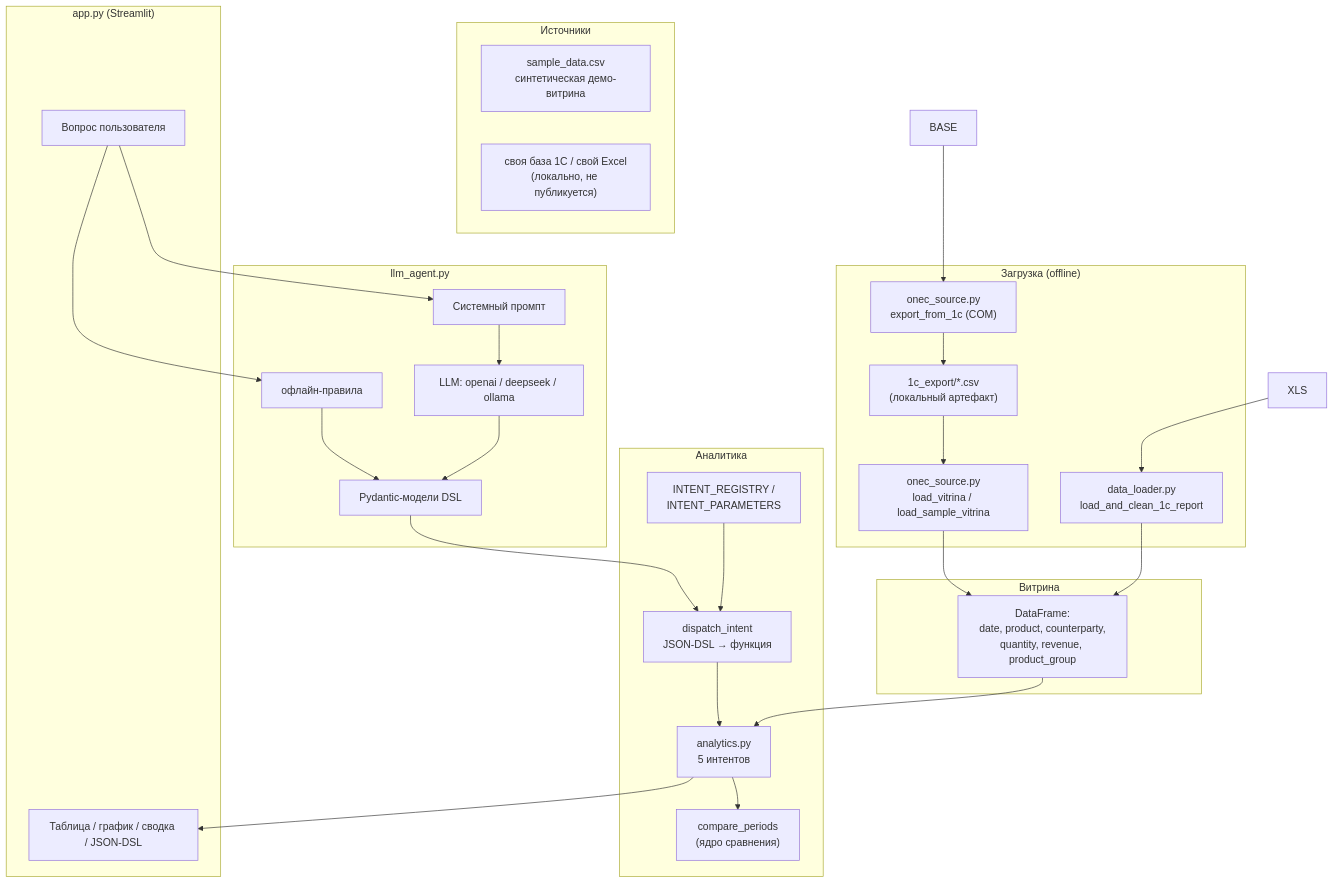
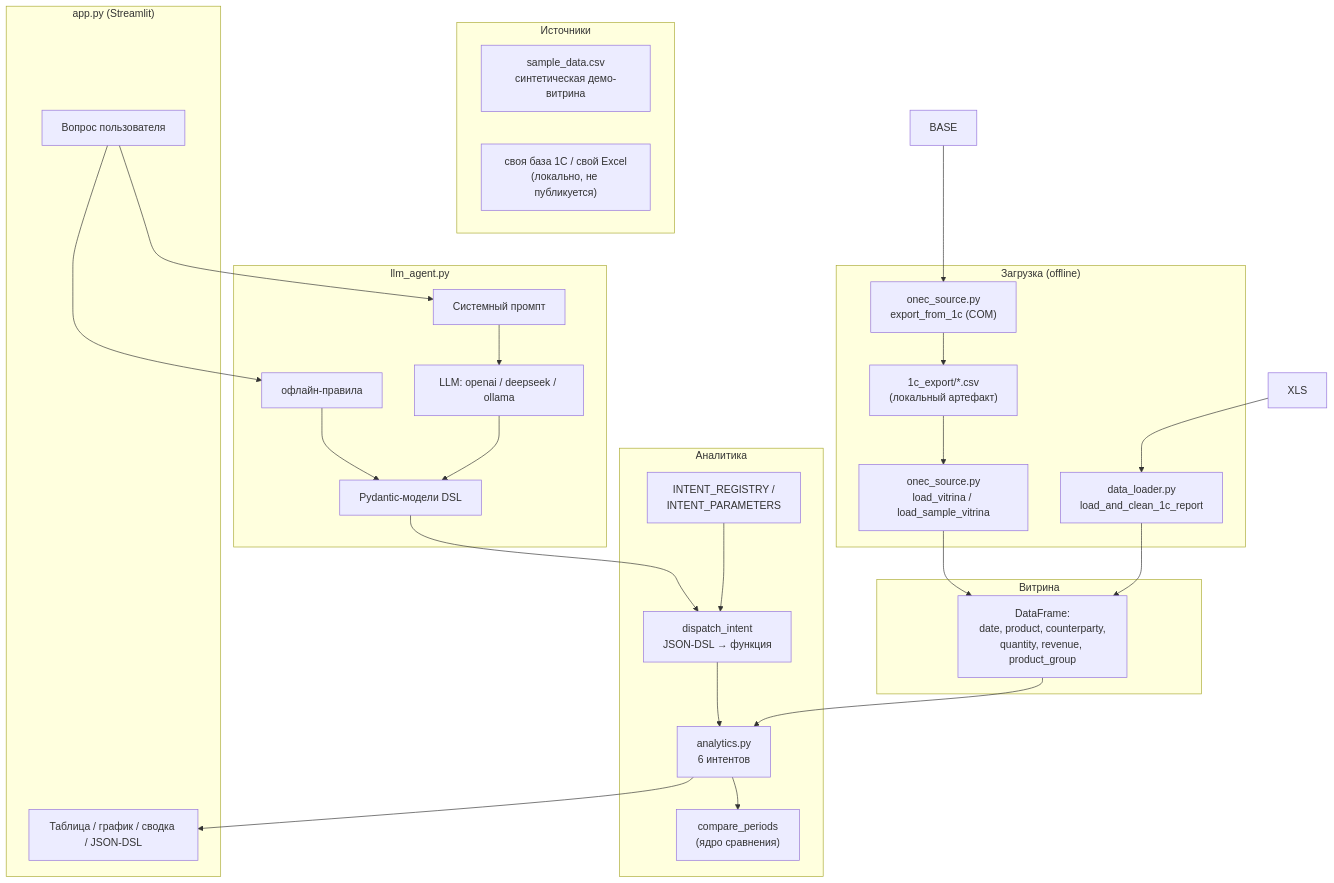
Before and after one commit to Smaturus/1c-ai-analyst: the diagram in docs/ARCHITECTURE.md, drawn with Mermaid. The commit also changed other lines of this file and 13 other files, not shown here.

````diff
--- a/docs/ARCHITECTURE.md
+++ b/docs/ARCHITECTURE.md
@@ -24,46 +24,46 @@
 ```mermaid
 flowchart TB
     subgraph Sources["Источники"]
         SAMPLE["sample_data.csv<br/>синтетическая демо-витрина"]
         OWN["своя база 1С / свой Excel<br/>(локально, не публикуется)"]
     end
 
     subgraph ETL["Загрузка (offline)"]
         DL["data_loader.py<br/>load_and_clean_1c_report"]
         EXP["onec_source.py<br/>export_from_1c (COM)"]
         CSV["1c_export/*.csv<br/>(локальный артефакт)"]
         LOAD["onec_source.py<br/>load_vitrina / load_sample_vitrina"]
     end
 
     subgraph Store["Витрина"]
         V["DataFrame:<br/>date, product, counterparty,<br/>quantity, revenue, product_group"]
     end
 
     subgraph Serving["Аналитика"]
-        A["analytics.py<br/>5 интентов"]
+        A["analytics.py<br/>6 интентов"]
         CP["compare_periods<br/>(ядро сравнения)"]
         D["dispatch_intent<br/>JSON-DSL → функция"]
         REG["INTENT_REGISTRY /<br/>INTENT_PARAMETERS"]
     end
 
     subgraph LLMLayer["llm_agent.py"]
         PROMPT["Системный промпт"]
         CLIENT["LLM: openai / deepseek / ollama"]
         PYD["Pydantic-модели DSL"]
         RULES["офлайн-правила"]
     end
 
     subgraph UI["app.py (Streamlit)"]
         ASK["Вопрос пользователя"]
         OUT["Таблица / график / сводка / JSON-DSL"]
     end
 
     XLS --> DL --> V
     BASE --> EXP --> CSV --> LOAD --> V
     V --> A
     A --> CP
     REG --> D --> A
     ASK --> PROMPT --> CLIENT --> PYD --> D
     ASK --> RULES --> PYD
     A --> OUT
 ```
````
